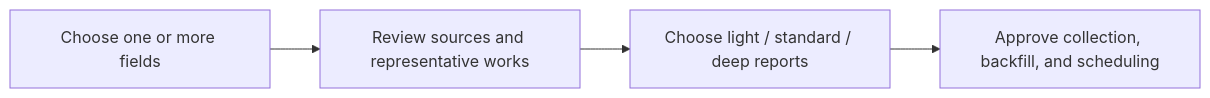
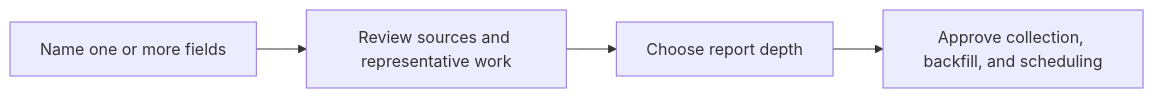
The diagram in README.en.md (roy-tong/iRead), drawn with Mermaid before and after one commit. The commit also changed other lines of this file and 12 other files, not shown here.

````diff
--- a/README.en.md
+++ b/README.en.md
@@ -74,6 +39,6 @@
 ```mermaid
 flowchart LR
-    A["Choose one or more fields"] --> B["Review sources and representative works"]
-    B --> C["Choose light / standard / deep reports"]
+    A["Name one or more fields"] --> B["Review sources and representative work"]
+    B --> C["Choose report depth"]
     C --> D["Approve collection, backfill, and scheduling"]
 ```
````
